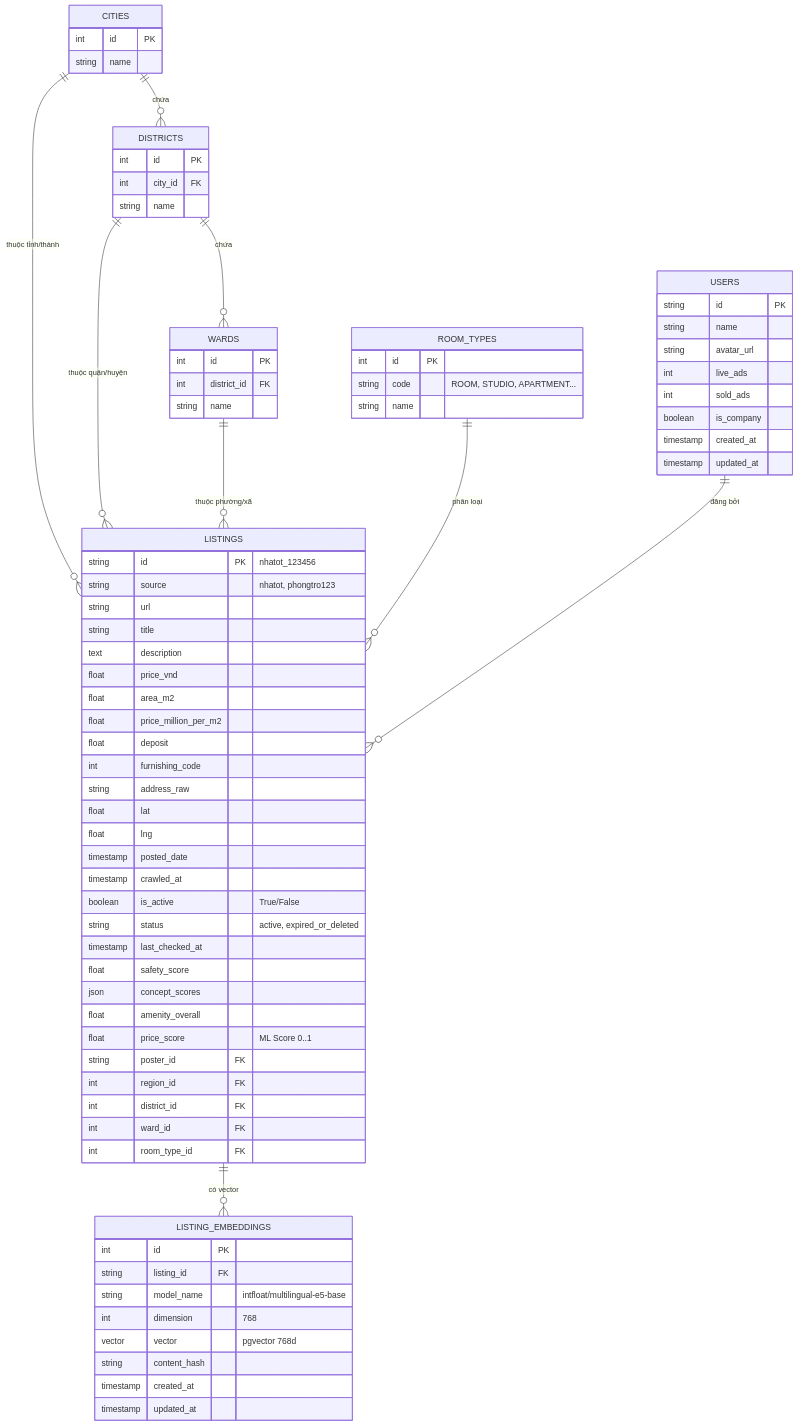
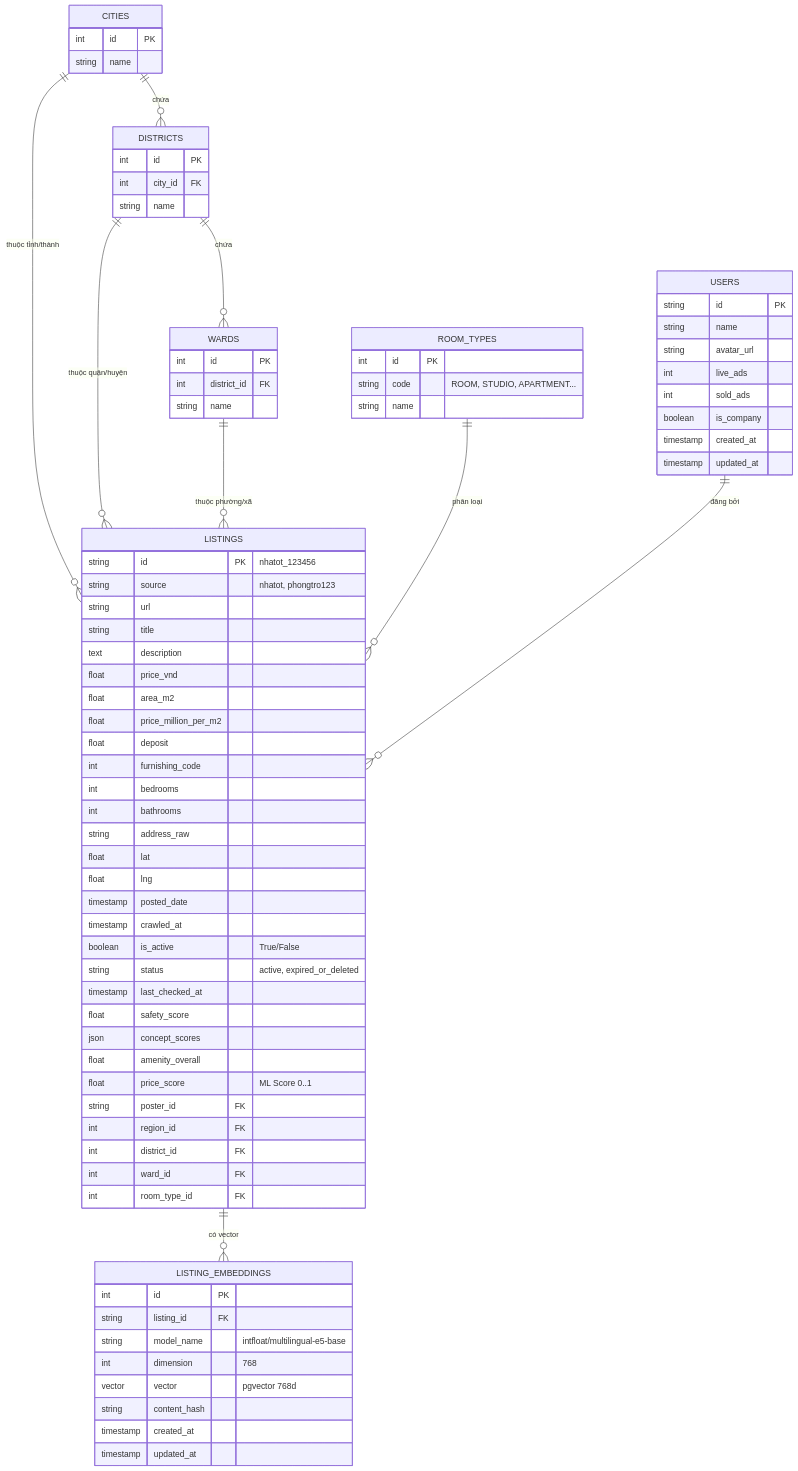
One commit to undead04/intelligent-room-rental changed the diagram in docs/architecture/data-models.md. Above: the diagram before and after it, drawn with Mermaid. The commit also changed other lines of this file and 51 other files, not shown here.

Commit message:
feat(ml,crawler,eval): add ML EDA/ablation evaluation, bedrooms/bathrooms pipeline, and resolve ISSUE-0001

```diff
--- a/docs/architecture/data-models.md
+++ b/docs/architecture/data-models.md
@@ -62,6 +62,8 @@
         float price_million_per_m2
         float deposit
         int furnishing_code
+        int bedrooms
+        int bathrooms
         string address_raw
         float lat
         float lng
```
